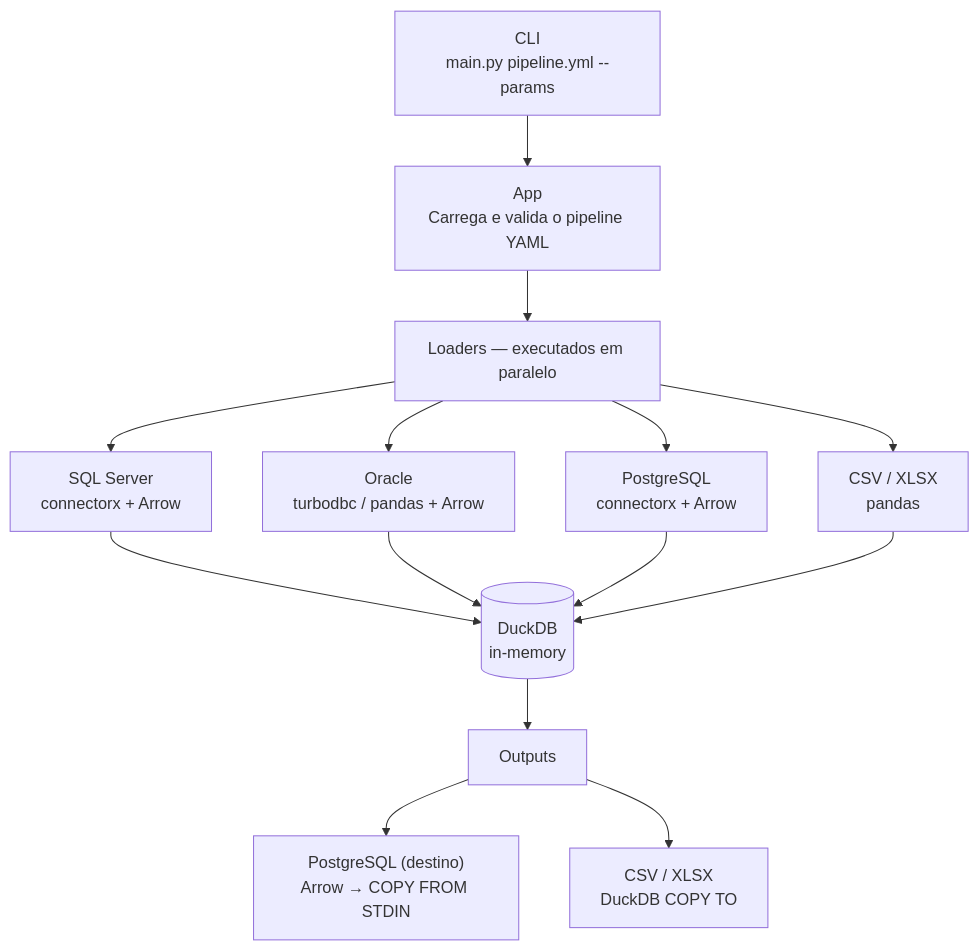
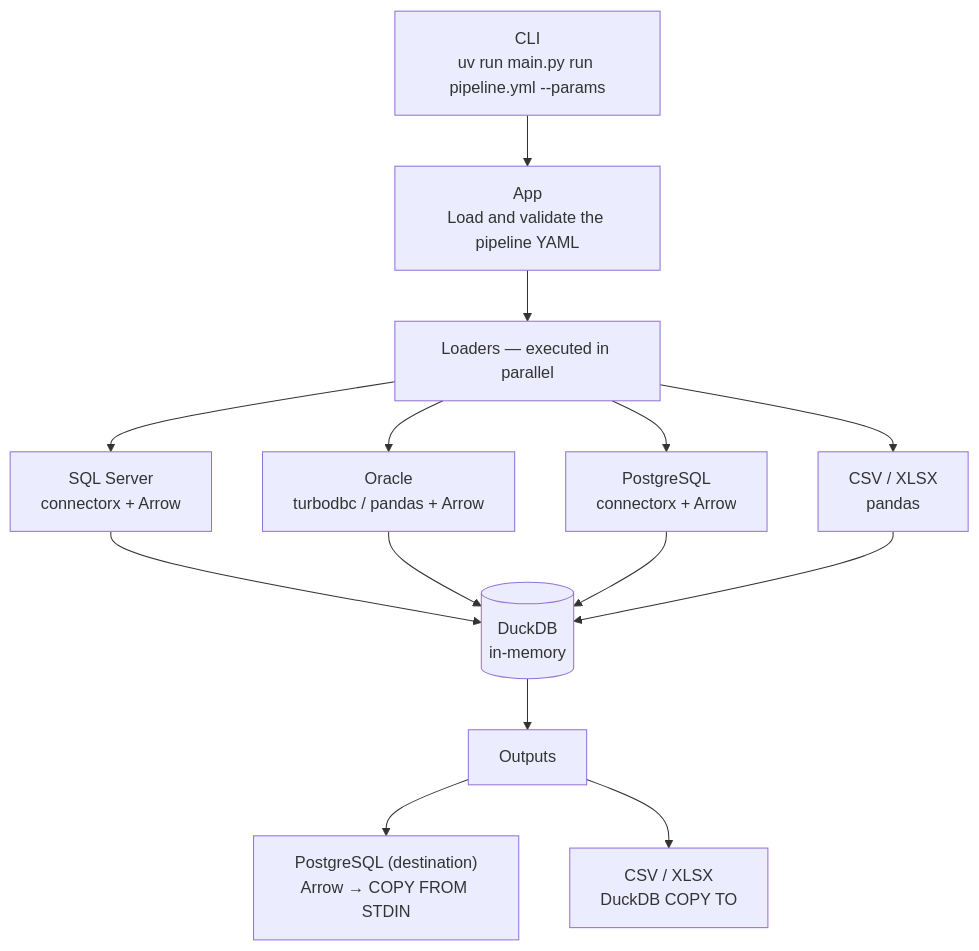
Before and after one commit to SrMarinho/Omniquery: the diagram in README.md, drawn with Mermaid. The commit also changed other lines of this file and 41 other files, not shown here.

````diff
--- a/README.md
+++ b/README.md
@@ -9,19 +9,19 @@
 ```mermaid
 flowchart TD
-    CLI["CLI\nmain.py pipeline.yml --params"] --> APP["App\nCarrega e valida o pipeline YAML"]
-    APP --> LOADERS["Loaders — executados em paralelo"]
+    CLI["CLI\nuv run main.py run pipeline.yml --params"] --> APP["App\nLoad and validate the pipeline YAML"]
+    APP --> LOADERS["Loaders — executed in parallel"]
 
     LOADERS --> MSSQL["SQL Server\nconnectorx + Arrow"]
     LOADERS --> ORA["Oracle\nturbodbc / pandas + Arrow"]
     LOADERS --> PG_SRC["PostgreSQL\nconnectorx + Arrow"]
     LOADERS --> FILE_IN["CSV / XLSX\npandas"]
 
     MSSQL --> DUCK[("DuckDB\nin-memory")]
     ORA --> DUCK
     PG_SRC --> DUCK
     FILE_IN --> DUCK
 
     DUCK --> OUTPUTS["Outputs"]
-    OUTPUTS --> PG_DST["PostgreSQL (destino)\nArrow → COPY FROM STDIN"]
+    OUTPUTS --> PG_DST["PostgreSQL (destination)\nArrow → COPY FROM STDIN"]
     OUTPUTS --> FILE_OUT["CSV / XLSX\nDuckDB COPY TO"]
 ```
````
